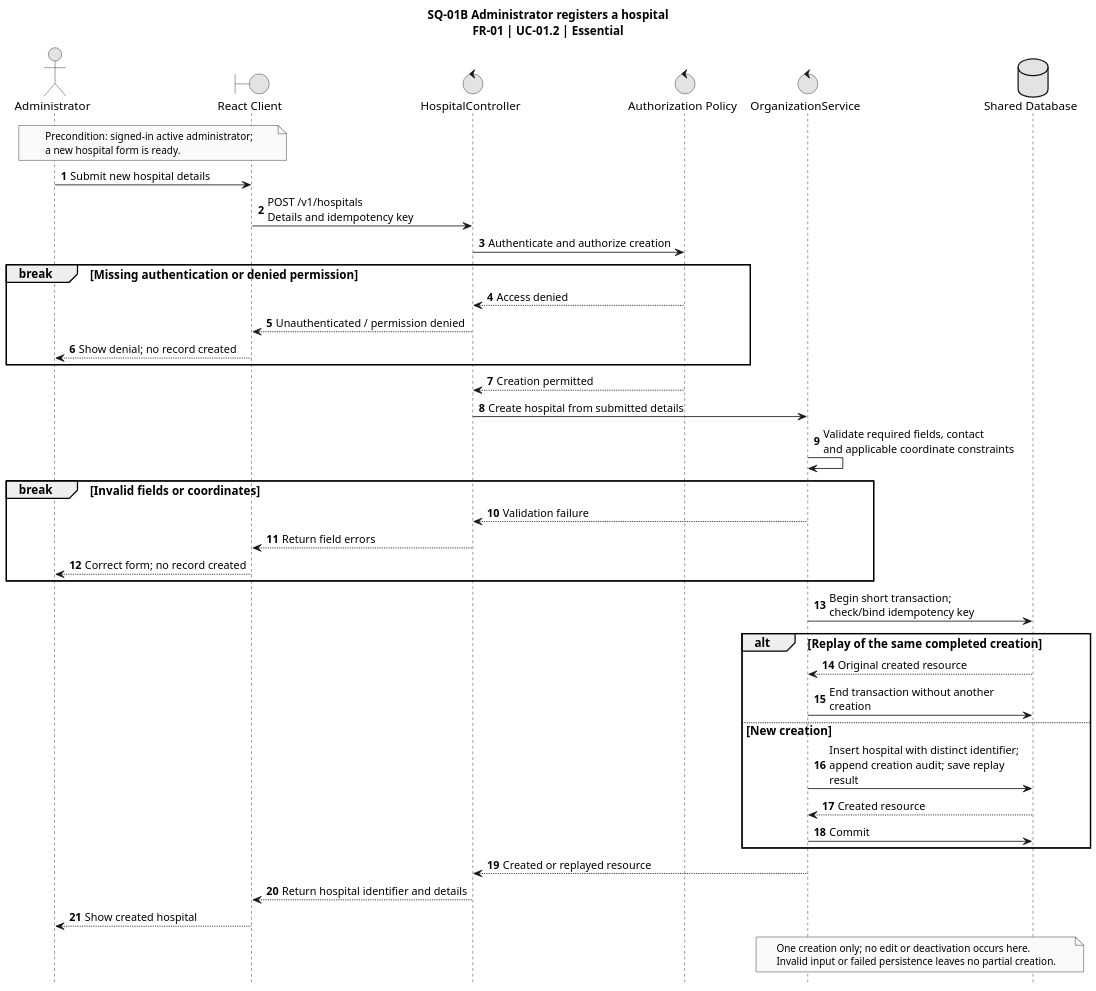
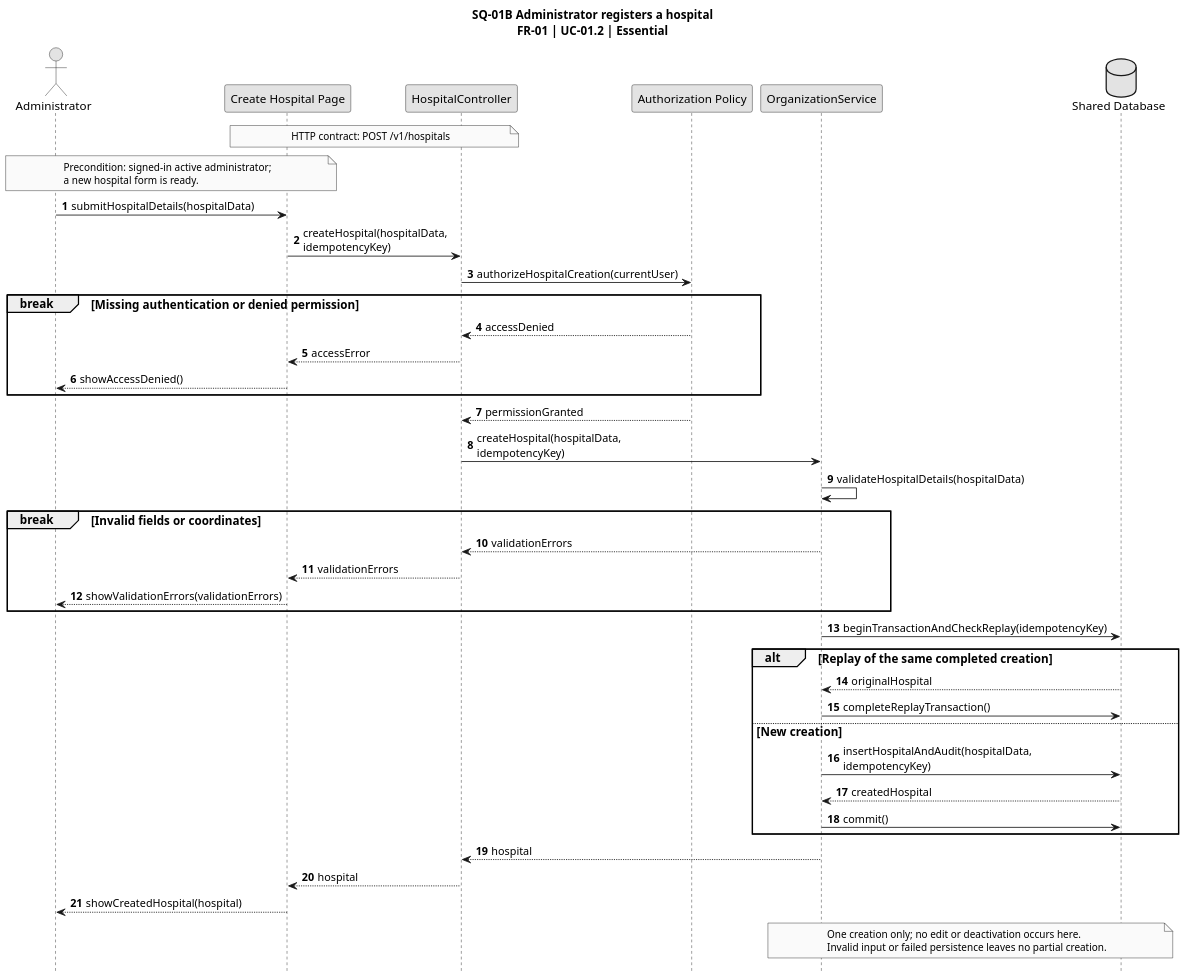
The fourth of 16 diagrams in docs/uml/PlantUML-Sources.md (TitanDevX/BloodBankPlatformUni), drawn with PlantUML before and after one commit. The commit also changed other lines of this file and 17 other files, not shown here.

````diff
--- a/docs/uml/PlantUML-Sources.md
+++ b/docs/uml/PlantUML-Sources.md
@@ -175,57 +178,60 @@
 ```plantuml
 @startuml SQ01B_Create
 title SQ-01B Administrator registers a hospital\nFR-01 | UC-01.2 | Essential
 skinparam monochrome true
 skinparam shadowing false
 skinparam defaultFontName Arial
 skinparam defaultFontSize 14
 skinparam ArrowFontSize 13
 skinparam noteFontSize 12
 skinparam dpi 140
 hide footbox
 skinparam maxMessageSize 240
 autonumber
 actor Administrator as Admin
-boundary "React Client" as Client
-control "HospitalController" as Ctrl
-control "Authorization Policy" as Policy
-control "OrganizationService" as Svc
+participant "Create Hospital Page" as Client
+participant "HospitalController" as Ctrl
+participant "Authorization Policy" as Policy
+participant "OrganizationService" as Svc
 database "Shared Database" as DB
+note over Client, Ctrl
+ HTTP contract: POST /v1/hospitals
+end note
 note over Admin, Client
  Precondition: signed-in active administrator;
  a new hospital form is ready.
 end note
-Admin -> Client: Submit new hospital details
-Client -> Ctrl: POST /v1/hospitals\nDetails and idempotency key
-Ctrl -> Policy: Authenticate and authorize creation
+Admin -> Client: submitHospitalDetails(hospitalData)
+Client -> Ctrl: createHospital(hospitalData, idempotencyKey)
+Ctrl -> Policy: authorizeHospitalCreation(currentUser)
 break Missing authentication or denied permission
- Policy --> Ctrl: Access denied
- Ctrl --> Client: Unauthenticated / permission denied
- Client --> Admin: Show denial; no record created
+ Policy --> Ctrl: accessDenied
+ Ctrl --> Client: accessError
+ Client --> Admin: showAccessDenied()
 end
-Policy --> Ctrl: Creation permitted
-Ctrl -> Svc: Create hospital from submitted details
-Svc -> Svc: Validate required fields, contact\nand applicable coordinate constraints
+Policy --> Ctrl: permissionGranted
+Ctrl -> Svc: createHospital(hospitalData, idempotencyKey)
+Svc -> Svc: validateHospitalDetails(hospitalData)
 break Invalid fields or coordinates
- Svc --> Ctrl: Validation failure
- Ctrl --> Client: Return field errors
- Client --> Admin: Correct form; no record created
+ Svc --> Ctrl: validationErrors
+ Ctrl --> Client: validationErrors
+ Client --> Admin: showValidationErrors(validationErrors)
 end
-Svc -> DB: Begin short transaction;\ncheck/bind idempotency key
+Svc -> DB: beginTransactionAndCheckReplay(idempotencyKey)
 alt Replay of the same completed creation
- DB --> Svc: Original created resource
- Svc -> DB: End transaction without another creation
+ DB --> Svc: originalHospital
+ Svc -> DB: completeReplayTransaction()
 else New creation
- Svc -> DB: Insert hospital with distinct identifier;\nappend creation audit; save replay result
- DB --> Svc: Created resource
- Svc -> DB: Commit
+ Svc -> DB: insertHospitalAndAudit(hospitalData, idempotencyKey)
+ DB --> Svc: createdHospital
+ Svc -> DB: commit()
 end
-Svc --> Ctrl: Created or replayed resource
-Ctrl --> Client: Return hospital identifier and details
-Client --> Admin: Show created hospital
+Svc --> Ctrl: hospital
+Ctrl --> Client: hospital
+Client --> Admin: showCreatedHospital(hospital)
 note over Svc, DB
  One creation only; no edit or deactivation occurs here.
  Invalid input or failed persistence leaves no partial creation.
 end note
 @enduml
 ```
````
